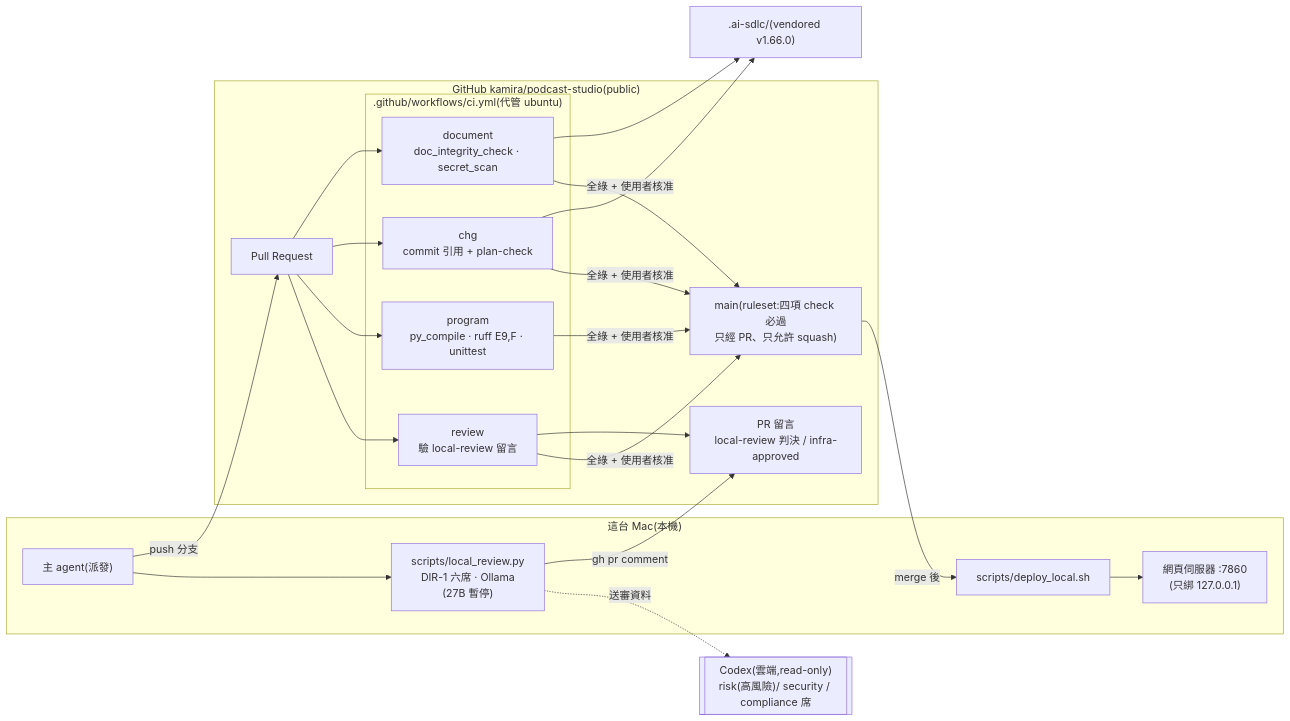
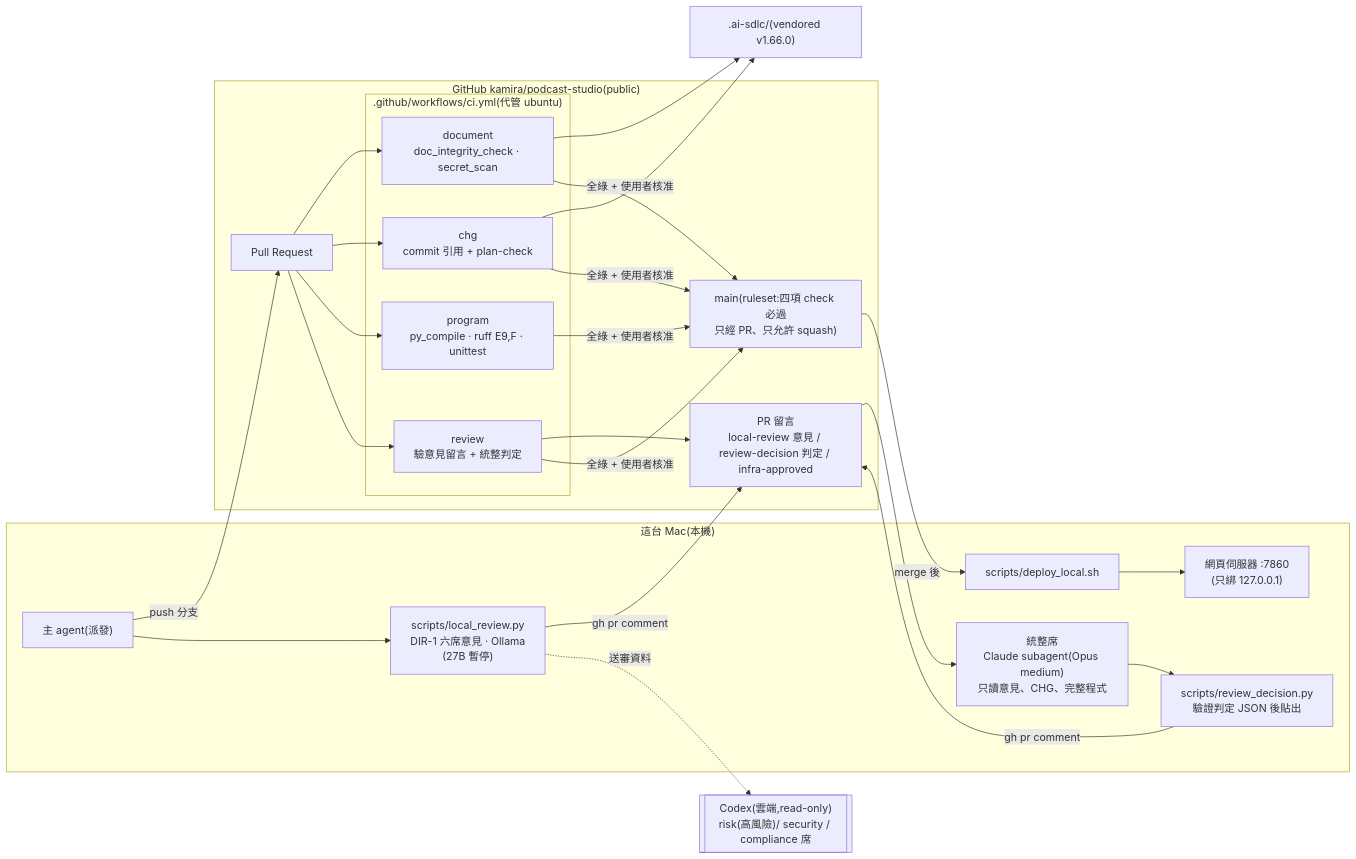
The sixth of 6 diagrams in docs/structure/logical.md (kamira/podcast-studio), drawn with Mermaid before and after one commit. The commit also changed other lines of this file and 14 other files, not shown here.

````diff
--- a/docs/structure/logical.md
+++ b/docs/structure/logical.md
@@ -207,30 +208,33 @@
 ```mermaid
 flowchart LR
   subgraph Mac["這台 Mac(本機)"]
     DISP["主 agent(派發)"]
-    LR["scripts/local_review.py<br/>DIR-1 六席 · Ollama<br/>(27B 暫停)"]
+    LR["scripts/local_review.py<br/>DIR-1 六席意見 · Ollama<br/>(27B 暫停)"]
+    SUB["統整席<br/>Claude subagent(Opus medium)<br/>只讀意見、CHG、完整程式"]
+    RD["scripts/review_decision.py<br/>驗證判定 JSON 後貼出"]
     DEP["scripts/deploy_local.sh"]
     APP["網頁伺服器 :7860<br/>(只綁 127.0.0.1)"]
   end
   CODEX[["Codex(雲端,read-only)<br/>risk(高風險)/ security / compliance 席"]]
   subgraph GH["GitHub kamira/podcast-studio(public)"]
     PR["Pull Request"]
-    CMT["PR 留言<br/>local-review 判決 / infra-approved"]
+    CMT["PR 留言<br/>local-review 意見 / review-decision 判定 / infra-approved"]
     subgraph CI[".github/workflows/ci.yml(代管 ubuntu)"]
       J1["document<br/>doc_integrity_check · secret_scan"]
       J2["chg<br/>commit 引用 + plan-check"]
       J3["program<br/>py_compile · ruff E9,F · unittest"]
-      J4["review<br/>驗 local-review 留言"]
+      J4["review<br/>驗意見留言 + 統整判定"]
     end
     MAIN["main(ruleset:四項 check 必過<br/>只經 PR、只允許 squash)"]
   end
   VEN[".ai-sdlc/(vendored v1.66.0)"]
   DISP -- push 分支 --> PR
   DISP --> LR -- gh pr comment --> CMT
   LR -. 送審資料 .-> CODEX
+  CMT --> SUB --> RD -- gh pr comment --> CMT
   PR --> J1 & J2 & J3 & J4
   J1 & J2 --> VEN
   J4 --> CMT
   J1 & J2 & J3 & J4 -- 全綠 + 使用者核准 --> MAIN
   MAIN -- merge 後 --> DEP --> APP
 ```
````
